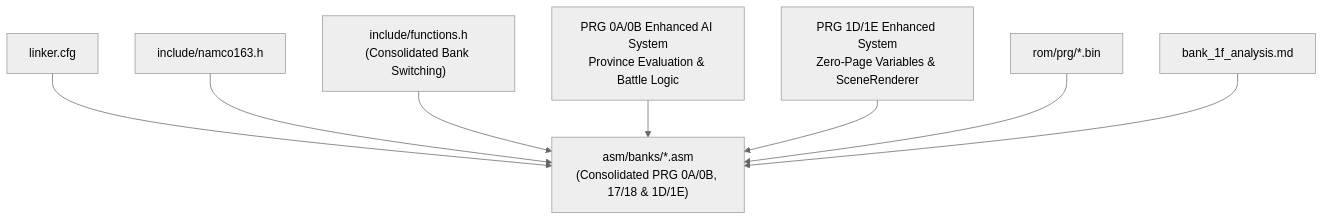
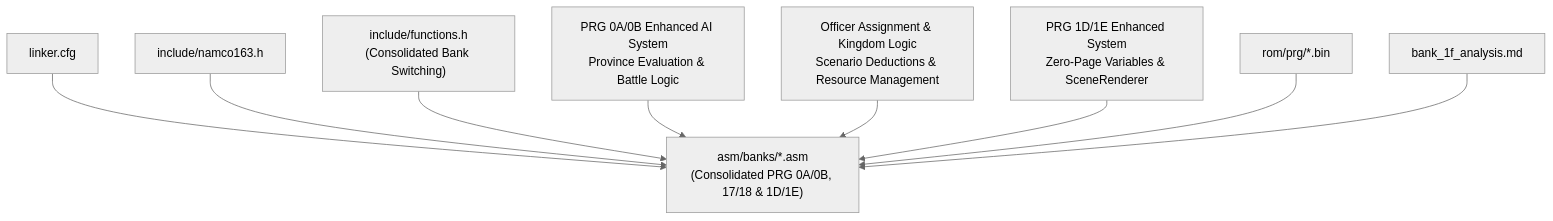
Before and after one commit to rabbyzero/sango2dasm: the third of 3 diagrams in .qoder/repowiki/en/content/Assembly Architecture/Bank Organization and Memory Layout.md, drawn with Mermaid (neutral theme). The commit also changed other lines of this file and 4 other files, not shown here.

````diff
--- a/.qoder/repowiki/en/content/Assembly Architecture/Bank Organization and Memory Layout.md
+++ b/.qoder/repowiki/en/content/Assembly Architecture/Bank Organization and Memory Layout.md
@@ -540,18 +579,20 @@
 ```mermaid
 graph TB
 LCFG["linker.cfg"]
 N163["include/namco163.h"]
 FUNCS["include/functions.h<br/>(Consolidated Bank Switching)"]
 STUBS["asm/banks/*.asm<br/>(Consolidated PRG 0A/0B, 17/18 & 1D/1E)"]
 ENHANCED_AI["PRG 0A/0B Enhanced AI System<br/>Province Evaluation & Battle Logic"]
+OFFICER_SYSTEM["Officer Assignment & Kingdom Logic<br/>Scenario Deductions & Resource Management"]
 ENHANCED_DISPLAY["PRG 1D/1E Enhanced System<br/>Zero-Page Variables & SceneRenderer"]
 ROM["rom/prg/*.bin"]
 BOOT["bank_1f_analysis.md"]
 LCFG --> STUBS
 N163 --> STUBS
 FUNCS --> STUBS
 ENHANCED_AI --> STUBS
+OFFICER_SYSTEM --> STUBS
 ENHANCED_DISPLAY --> STUBS
 ROM --> STUBS
 BOOT --> STUBS
 ```
````
